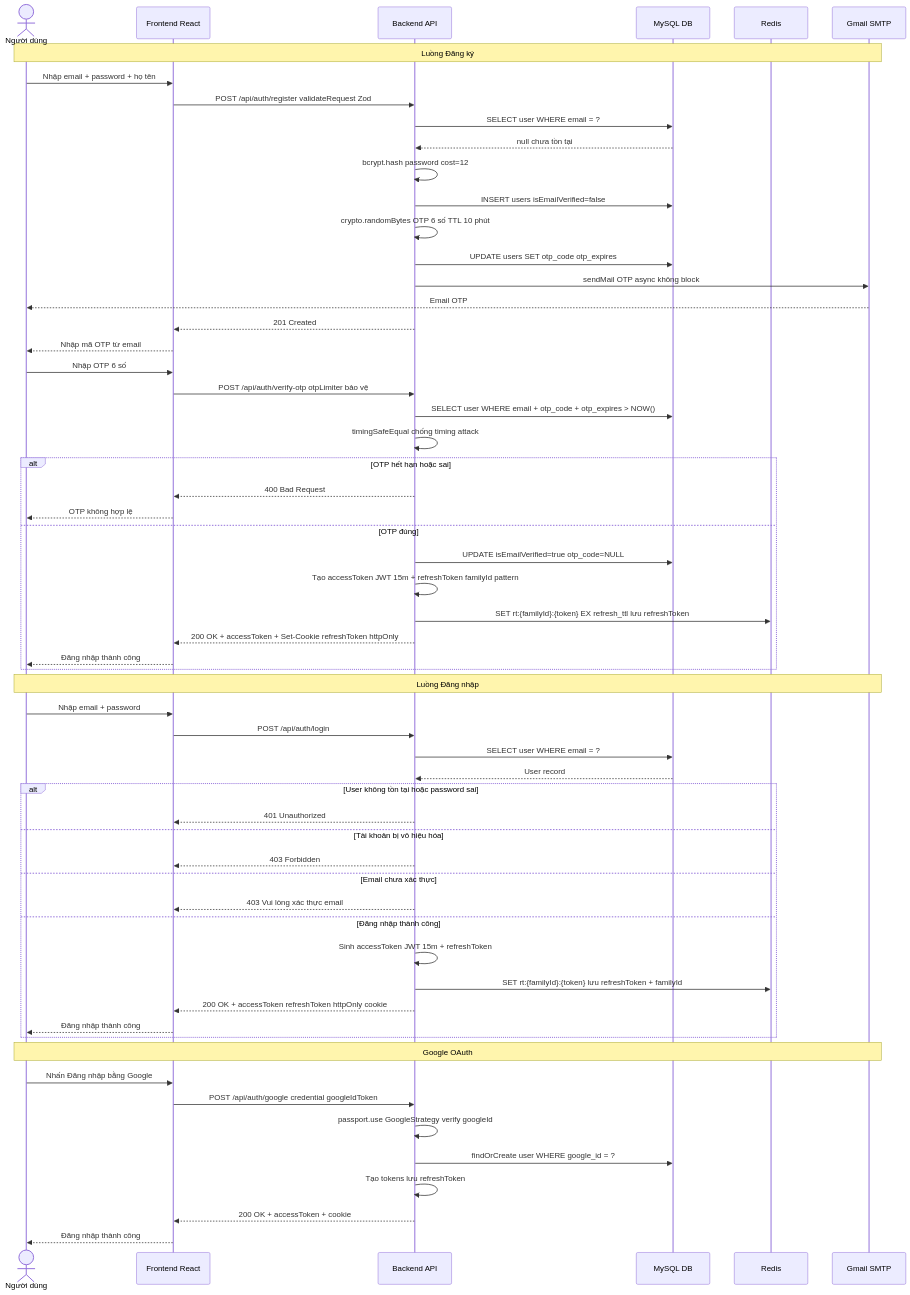
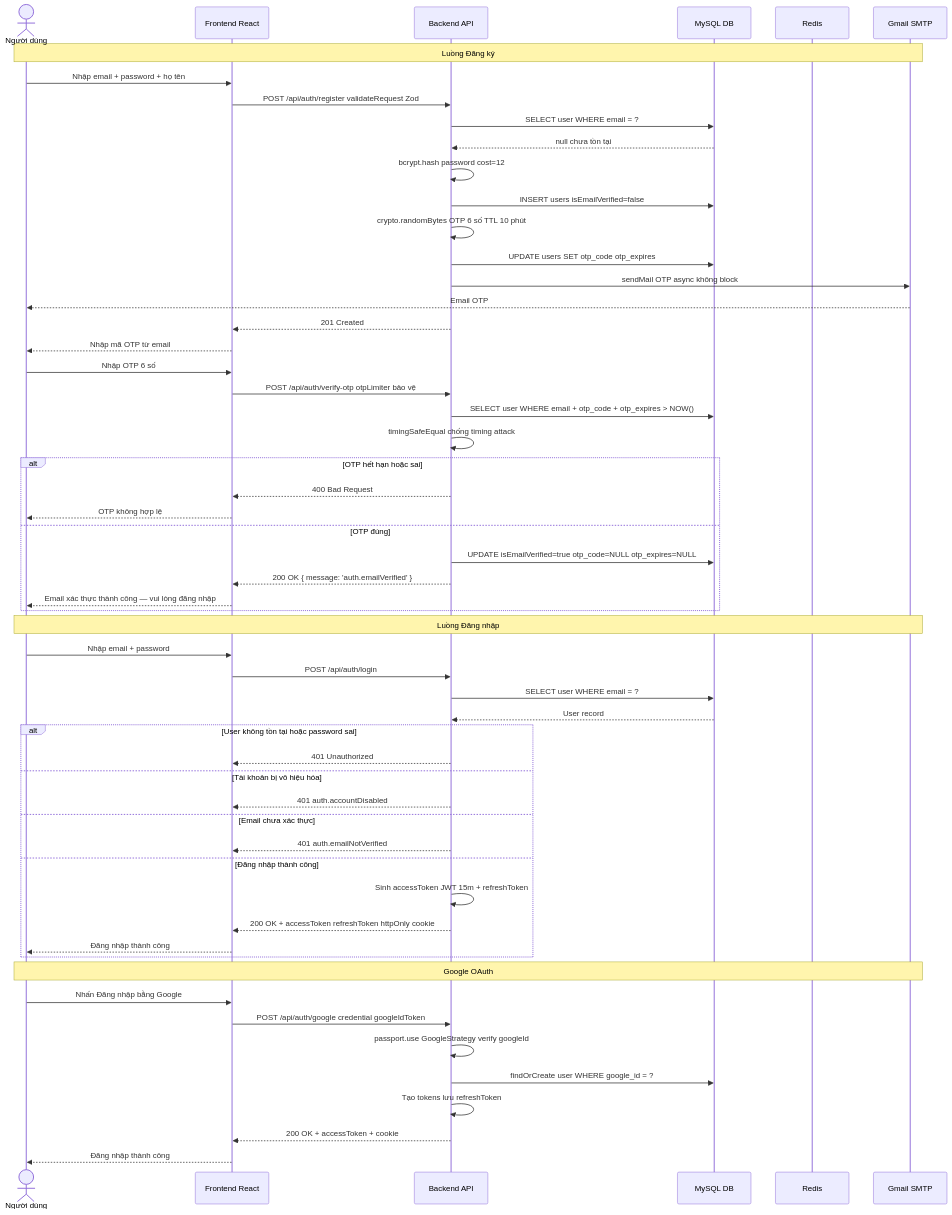
Diagram 12 of 29 in DIAGRAMS.md (MinhThang1009/E-commerce-website), drawn with Mermaid before and after one commit. The commit also changed other lines of this file, not shown here.

Commit message:
docs: sửa sai endpoints, logic auth, Redis keys theo code thực tế

````diff
--- a/DIAGRAMS.md
+++ b/DIAGRAMS.md
@@ -461,69 +461,66 @@
 ```mermaid
 sequenceDiagram
     actor User as Người dùng
     participant FE as Frontend React
     participant API as Backend API
     participant DB as MySQL DB
     participant Redis as Redis
     participant Mail as Gmail SMTP
 
     Note over User,Mail: Luồng Đăng ký
 
     User->>FE: Nhập email + password + họ tên
     FE->>API: POST /api/auth/register validateRequest Zod
     API->>DB: SELECT user WHERE email = ?
     DB-->>API: null chưa tồn tại
     API->>API: bcrypt.hash password cost=12
     API->>DB: INSERT users isEmailVerified=false
     API->>API: crypto.randomBytes OTP 6 số TTL 10 phút
     API->>DB: UPDATE users SET otp_code otp_expires
     API->>Mail: sendMail OTP async không block
     Mail-->>User: Email OTP
     API-->>FE: 201 Created
     FE-->>User: Nhập mã OTP từ email
 
     User->>FE: Nhập OTP 6 số
     FE->>API: POST /api/auth/verify-otp otpLimiter bảo vệ
     API->>DB: SELECT user WHERE email + otp_code + otp_expires > NOW()
     API->>API: timingSafeEqual chống timing attack
     alt OTP hết hạn hoặc sai
         API-->>FE: 400 Bad Request
         FE-->>User: OTP không hợp lệ
     else OTP đúng
-        API->>DB: UPDATE isEmailVerified=true otp_code=NULL
-        API->>API: Tạo accessToken JWT 15m + refreshToken familyId pattern
-        API->>Redis: SET rt:{familyId}:{token} EX refresh_ttl lưu refreshToken
-        API-->>FE: 200 OK + accessToken + Set-Cookie refreshToken httpOnly
-        FE-->>User: Đăng nhập thành công
+        API->>DB: UPDATE isEmailVerified=true otp_code=NULL otp_expires=NULL
+        API-->>FE: 200 OK { message: 'auth.emailVerified' }
+        FE-->>User: Email xác thực thành công — vui lòng đăng nhập
     end
 
     Note over User,Mail: Luồng Đăng nhập
 
     User->>FE: Nhập email + password
     FE->>API: POST /api/auth/login
     API->>DB: SELECT user WHERE email = ?
     DB-->>API: User record
 
     alt User không tồn tại hoặc password sai
         API-->>FE: 401 Unauthorized
     else Tài khoản bị vô hiệu hóa
-        API-->>FE: 403 Forbidden
+        API-->>FE: 401 auth.accountDisabled
     else Email chưa xác thực
-        API-->>FE: 403 Vui lòng xác thực email
+        API-->>FE: 401 auth.emailNotVerified
     else Đăng nhập thành công
         API->>API: Sinh accessToken JWT 15m + refreshToken
-        API->>Redis: SET rt:{familyId}:{token} lưu refreshToken + familyId
         API-->>FE: 200 OK + accessToken refreshToken httpOnly cookie
         FE-->>User: Đăng nhập thành công
     end
 
     Note over User,Mail: Google OAuth
 
     User->>FE: Nhấn Đăng nhập bằng Google
     FE->>API: POST /api/auth/google credential googleIdToken
     API->>API: passport.use GoogleStrategy verify googleId
     API->>DB: findOrCreate user WHERE google_id = ?
     API->>API: Tạo tokens lưu refreshToken
     API-->>FE: 200 OK + accessToken + cookie
     FE-->>User: Đăng nhập thành công
 ```
````
